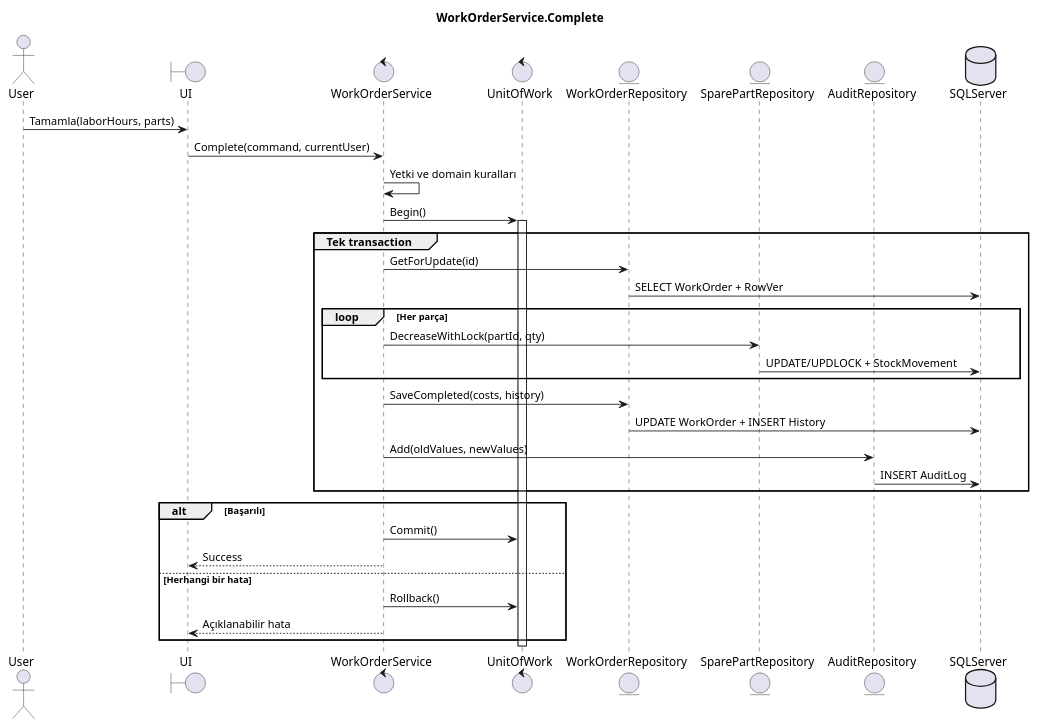
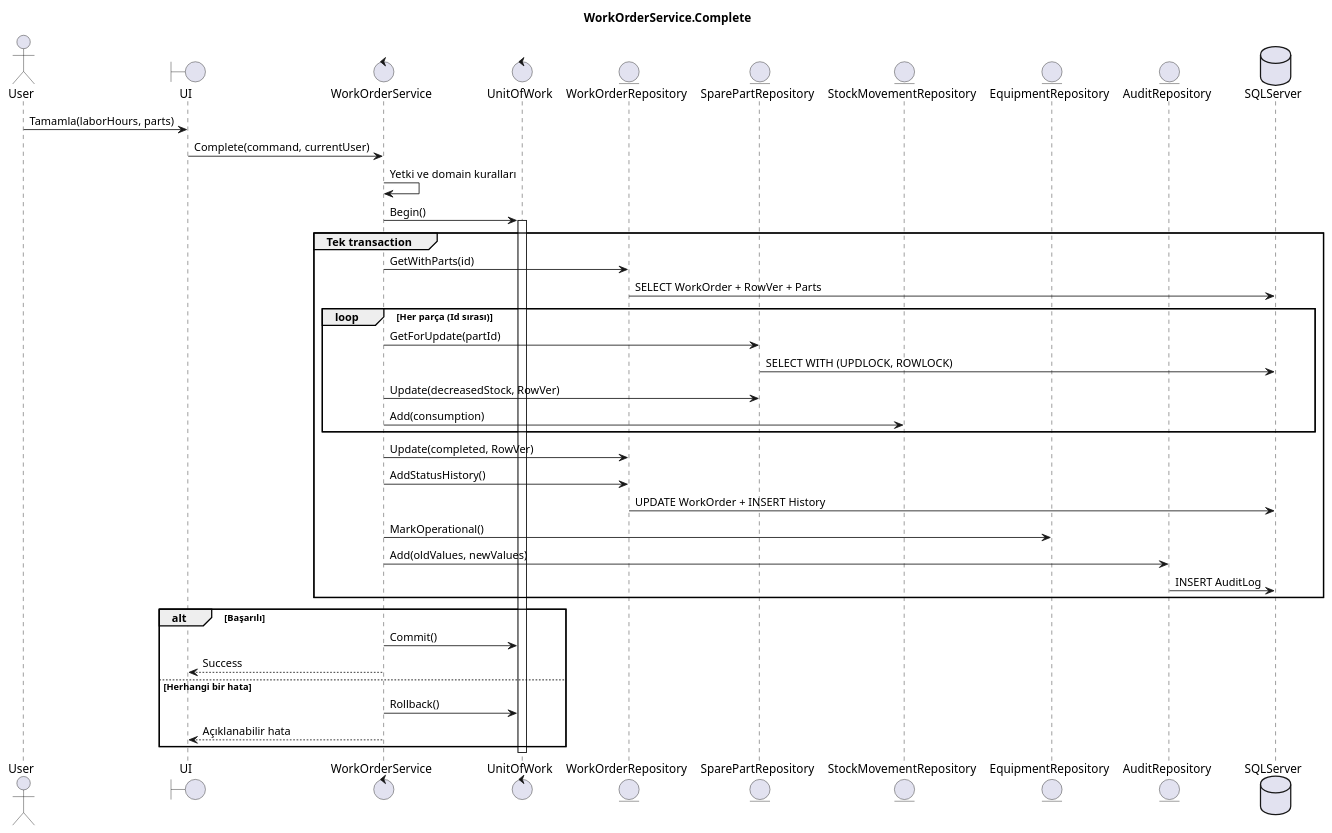
One commit to zeeynepkaratas/MaintainIQ changed the diagram in docs/diagrams/complete-sequence.puml. Above: the diagram before and after it, drawn with PlantUML. The commit also changed 33 other files, not shown here.

```diff
--- a/docs/diagrams/complete-sequence.puml
+++ b/docs/diagrams/complete-sequence.puml
@@ -1,37 +1,43 @@
 @startuml
 title WorkOrderService.Complete
 actor User
 boundary UI
 control WorkOrderService
 control UnitOfWork
 entity WorkOrderRepository
 entity SparePartRepository
+entity StockMovementRepository
+entity EquipmentRepository
 entity AuditRepository
 database SQLServer
 
 User -> UI : Tamamla(laborHours, parts)
 UI -> WorkOrderService : Complete(command, currentUser)
 WorkOrderService -> WorkOrderService : Yetki ve domain kuralları
 WorkOrderService -> UnitOfWork : Begin()
 activate UnitOfWork
 group Tek transaction
-  WorkOrderService -> WorkOrderRepository : GetForUpdate(id)
-  WorkOrderRepository -> SQLServer : SELECT WorkOrder + RowVer
-  loop Her parça
-    WorkOrderService -> SparePartRepository : DecreaseWithLock(partId, qty)
-    SparePartRepository -> SQLServer : UPDATE/UPDLOCK + StockMovement
+  WorkOrderService -> WorkOrderRepository : GetWithParts(id)
+  WorkOrderRepository -> SQLServer : SELECT WorkOrder + RowVer + Parts
+  loop Her parça (Id sırası)
+    WorkOrderService -> SparePartRepository : GetForUpdate(partId)
+    SparePartRepository -> SQLServer : SELECT WITH (UPDLOCK, ROWLOCK)
+    WorkOrderService -> SparePartRepository : Update(decreasedStock, RowVer)
+    WorkOrderService -> StockMovementRepository : Add(consumption)
   end
-  WorkOrderService -> WorkOrderRepository : SaveCompleted(costs, history)
+  WorkOrderService -> WorkOrderRepository : Update(completed, RowVer)
+  WorkOrderService -> WorkOrderRepository : AddStatusHistory()
   WorkOrderRepository -> SQLServer : UPDATE WorkOrder + INSERT History
+  WorkOrderService -> EquipmentRepository : MarkOperational()
   WorkOrderService -> AuditRepository : Add(oldValues, newValues)
   AuditRepository -> SQLServer : INSERT AuditLog
 end
 alt Başarılı
   WorkOrderService -> UnitOfWork : Commit()
   WorkOrderService --> UI : Success
 else Herhangi bir hata
   WorkOrderService -> UnitOfWork : Rollback()
   WorkOrderService --> UI : Açıklanabilir hata
 end
 deactivate UnitOfWork
 @enduml
```
